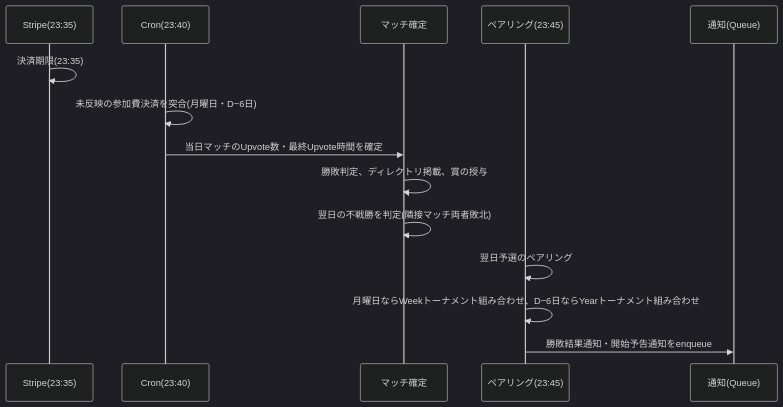
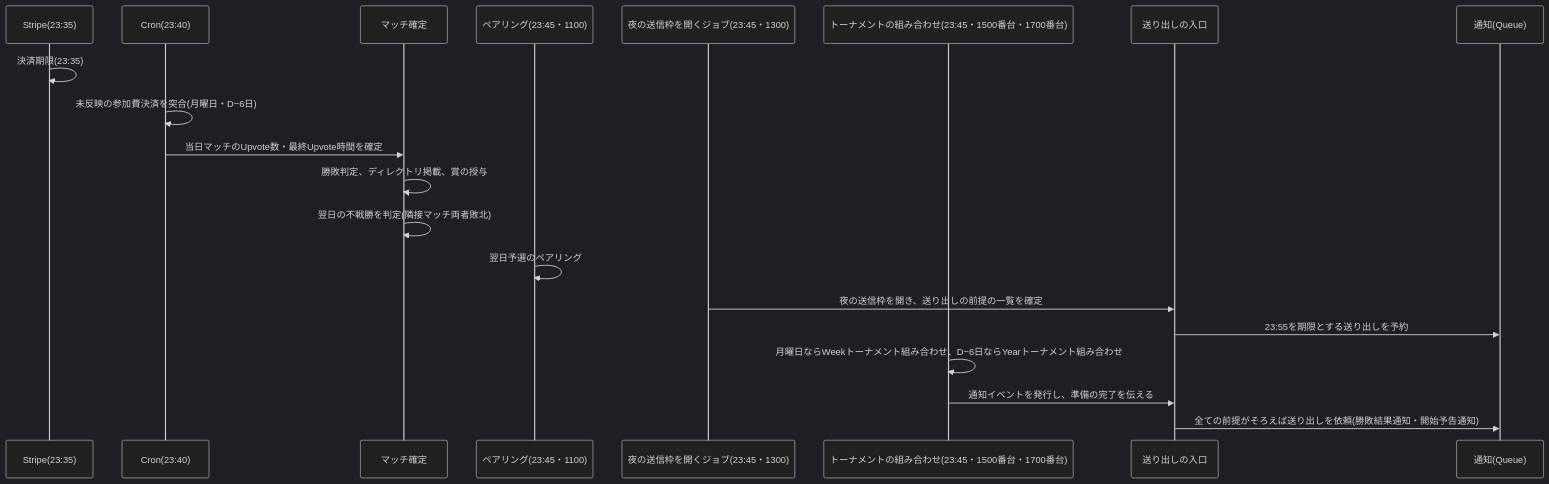
Before and after one commit to kurachiweb/genai-example-2-launch-platform: the diagram in docs/GUIDES/service/overview/007-daily-timeline.md, drawn with Mermaid (dark theme). The commit also changed other lines of this file and 2 other files, not shown here.

````diff
--- a/docs/GUIDES/service/overview/007-daily-timeline.md
+++ b/docs/GUIDES/service/overview/007-daily-timeline.md
@@ -88,16 +91,22 @@
 ```mermaid
 sequenceDiagram
     participant S as Stripe(23:35)
     participant C as Cron(23:40)
     participant M as マッチ確定
-    participant P as ペアリング(23:45)
+    participant P as ペアリング(23:45・1100)
+    participant J as 夜の送信枠を開くジョブ(23:45・1300)
+    participant T as トーナメントの組み合わせ(23:45・1500番台・1700番台)
+    participant G as 送り出しの入口
     participant N as 通知(Queue)
     S->>S: 決済期限(23:35)
     C->>C: 未反映の参加費決済を突合(月曜日・D−6日)
     C->>M: 当日マッチのUpvote数・最終Upvote時間を確定
     M->>M: 勝敗判定、ディレクトリ掲載、賞の授与
     M->>M: 翌日の不戦勝を判定(隣接マッチ両者敗北)
     P->>P: 翌日予選のペアリング
-    P->>P: 月曜日ならWeekトーナメント組み合わせ、D−6日ならYearトーナメント組み合わせ
-    P->>N: 勝敗結果通知・開始予告通知をenqueue
+    J->>G: 夜の送信枠を開き、送り出しの前提の一覧を確定
+    G->>N: 23:55を期限とする送り出しを予約
+    T->>T: 月曜日ならWeekトーナメント組み合わせ、D−6日ならYearトーナメント組み合わせ
+    T->>G: 通知イベントを発行し、準備の完了を伝える
+    G->>N: 全ての前提がそろえば送り出しを依頼(勝敗結果通知・開始予告通知)
 ```
````
